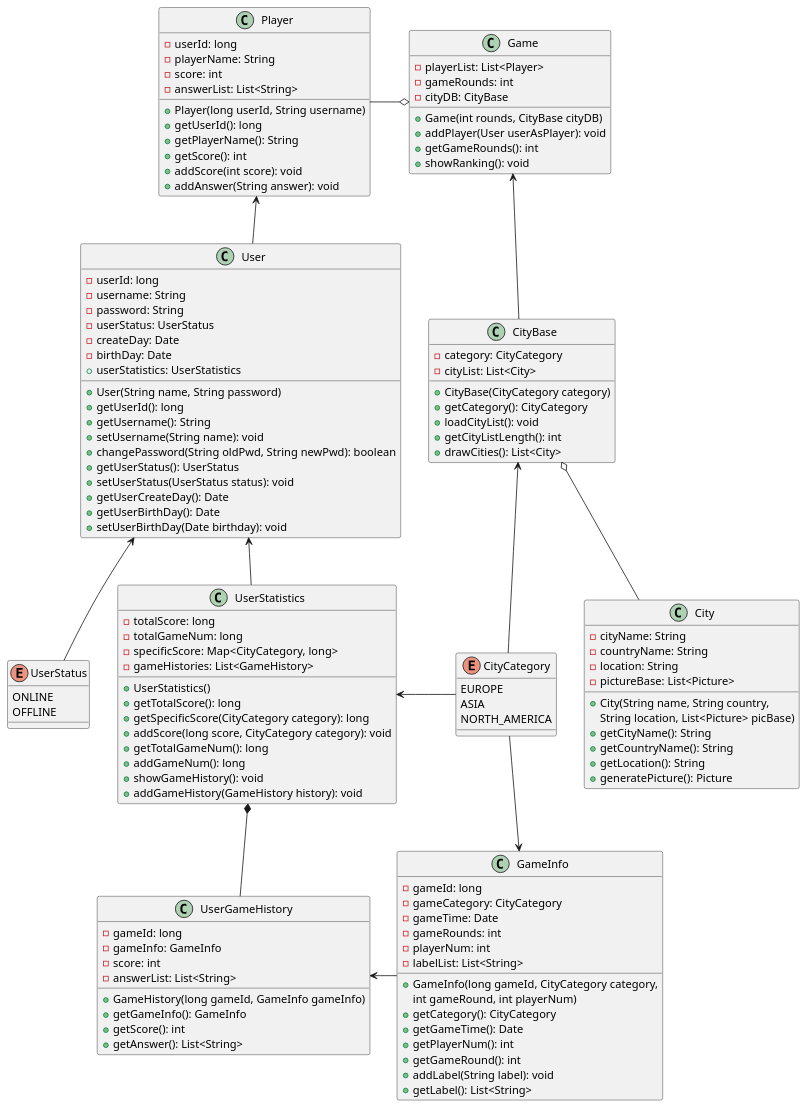
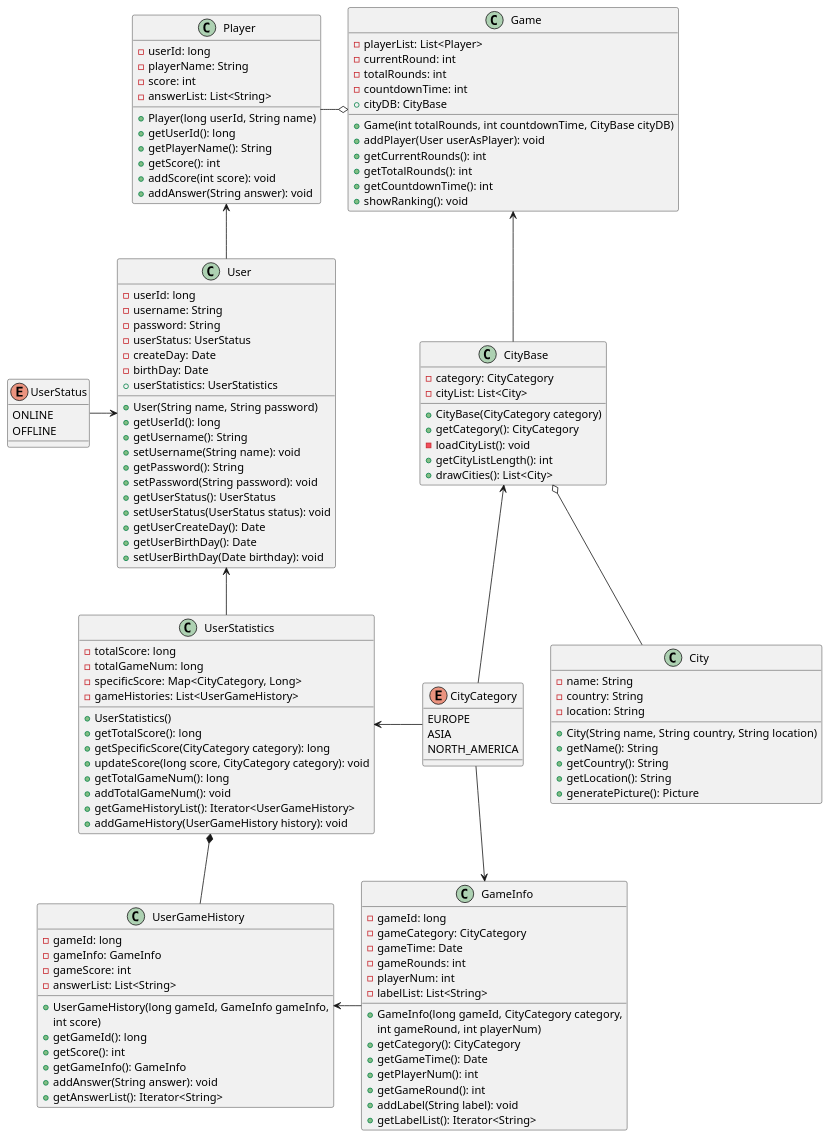
The diagram in src/uml/GuessCityClass.puml (sopra-fs23-group-32/SoPra23_Server), drawn with PlantUML before and after one commit. The commit also changed 1 other file, not shown here.

Commit message:
update class diagram

```diff
--- a/src/uml/GuessCityClass.puml
+++ b/src/uml/GuessCityClass.puml
@@ -1,152 +1,158 @@
 @startuml
 'https://plantuml.com/class-diagram
 
 enum UserStatus {
     ONLINE
     OFFLINE
 }
 
 enum CityCategory {
     EUROPE
     ASIA
     NORTH_AMERICA
 }
 
 class User {
     - userId: long
     - username: String
     - password: String
     - userStatus: UserStatus
     - createDay: Date
     - birthDay: Date
     + userStatistics: UserStatistics
     + User(String name, String password)
     + getUserId(): long
     + getUsername(): String
     + setUsername(String name): void
-    + changePassword(String oldPwd, String newPwd): boolean
+    + getPassword(): String
+    + setPassword(String password): void
     + getUserStatus(): UserStatus
     + setUserStatus(UserStatus status): void
     + getUserCreateDay(): Date
     + getUserBirthDay(): Date
     + setUserBirthDay(Date birthday): void
 }
 
 class Player {
     - userId: long
     - playerName: String
     - score: int
     - answerList: List<String>
-    + Player(long userId, String username)
+    + Player(long userId, String name)
     + getUserId(): long
     + getPlayerName(): String
     + getScore(): int
     + addScore(int score): void
     + addAnswer(String answer): void
 }
 
 class UserStatistics {
     - totalScore: long
     - totalGameNum: long
-    - specificScore: Map<CityCategory, long>
-    - gameHistories: List<GameHistory>
+    - specificScore: Map<CityCategory, Long>
+    - gameHistories: List<UserGameHistory>
     + UserStatistics()
     + getTotalScore(): long
     + getSpecificScore(CityCategory category): long
-    + addScore(long score, CityCategory category): void
+    + updateScore(long score, CityCategory category): void
     + getTotalGameNum(): long
-    + addGameNum(): long
-    + showGameHistory(): void
-    + addGameHistory(GameHistory history): void
+    + addTotalGameNum(): void
+    + getGameHistoryList(): Iterator<UserGameHistory>
+    + addGameHistory(UserGameHistory history): void
 }
 
 class UserGameHistory {
     - gameId: long
     - gameInfo: GameInfo
-    - score: int
+    - gameScore: int
     - answerList: List<String>
-    + GameHistory(long gameId, GameInfo gameInfo)
+    + UserGameHistory(long gameId, GameInfo gameInfo,
+      int score)
+    + getGameId(): long
+    + getScore(): int
     + getGameInfo(): GameInfo
-    + getScore(): int
-    + getAnswer(): List<String>
+    + addAnswer(String answer): void
+    + getAnswerList(): Iterator<String>
 }
 
 User <-- UserStatistics
-User <-- UserStatus
+UserStatus -> User
 UserStatistics *-- UserGameHistory
 
 
 class Game {
     - playerList: List<Player>
-    - gameRounds: int
-    - cityDB: CityBase
-    + Game(int rounds, CityBase cityDB)
+    - currentRound: int
+    - totalRounds: int
+    - countdownTime: int
+    + cityDB: CityBase
+    + Game(int totalRounds, int countdownTime, CityBase cityDB)
     + addPlayer(User userAsPlayer): void
-    + getGameRounds(): int
+    + getCurrentRounds(): int
+    + getTotalRounds(): int
+    + getCountdownTime(): int
     + showRanking(): void
 }
 
 class CityBase {
     - category: CityCategory
     - cityList: List<City>
     + CityBase(CityCategory category)
     + getCategory(): CityCategory
-    + loadCityList(): void
+    - loadCityList(): void
     + getCityListLength(): int
     + drawCities(): List<City>
 }
 
 class GameInfo {
     - gameId: long
     - gameCategory: CityCategory
     - gameTime: Date
     - gameRounds: int
     - playerNum: int
     - labelList: List<String>
     + GameInfo(long gameId, CityCategory category,
       int gameRound, int playerNum)
     + getCategory(): CityCategory
     + getGameTime(): Date
     + getPlayerNum(): int
     + getGameRound(): int
     + addLabel(String label): void
-    + getLabel(): List<String>
+    + getLabelList(): Iterator<String>
 }
 
 class City {
-    - cityName: String
-    - countryName: String
+    - name: String
+    - country: String
     - location: String
-    - pictureBase: List<Picture>
-    + City(String name, String country,
-      String location, List<Picture> picBase)
-    + getCityName(): String
-    + getCountryName(): String
+    + City(String name, String country, String location)
+    + getName(): String
+    + getCountry(): String
     + getLocation(): String
     + generatePicture(): Picture
 }
 
 'class Picture {
 '    - pictureId: long
 '    - picturePath: String
 '    + Picture(long pictureId, String path)
 '    + getPictureId(): long
 '    + getPicturePath(): String
 '}
 
 Player <-- User
 Player -o Game
 
 Game <-- CityBase
 CityBase o-- City
 CityBase <-- CityCategory
 UserStatistics <- CityCategory
 CityCategory --> GameInfo
 UserGameHistory <- GameInfo
 
 'CityCategory <|-- EuroCity
 'CityCategory <|--- AsiaCity
 'CityCategory <|--- NorthAmericaCity
 'CityCategory <|---- WorldCity
 
 @enduml
```
